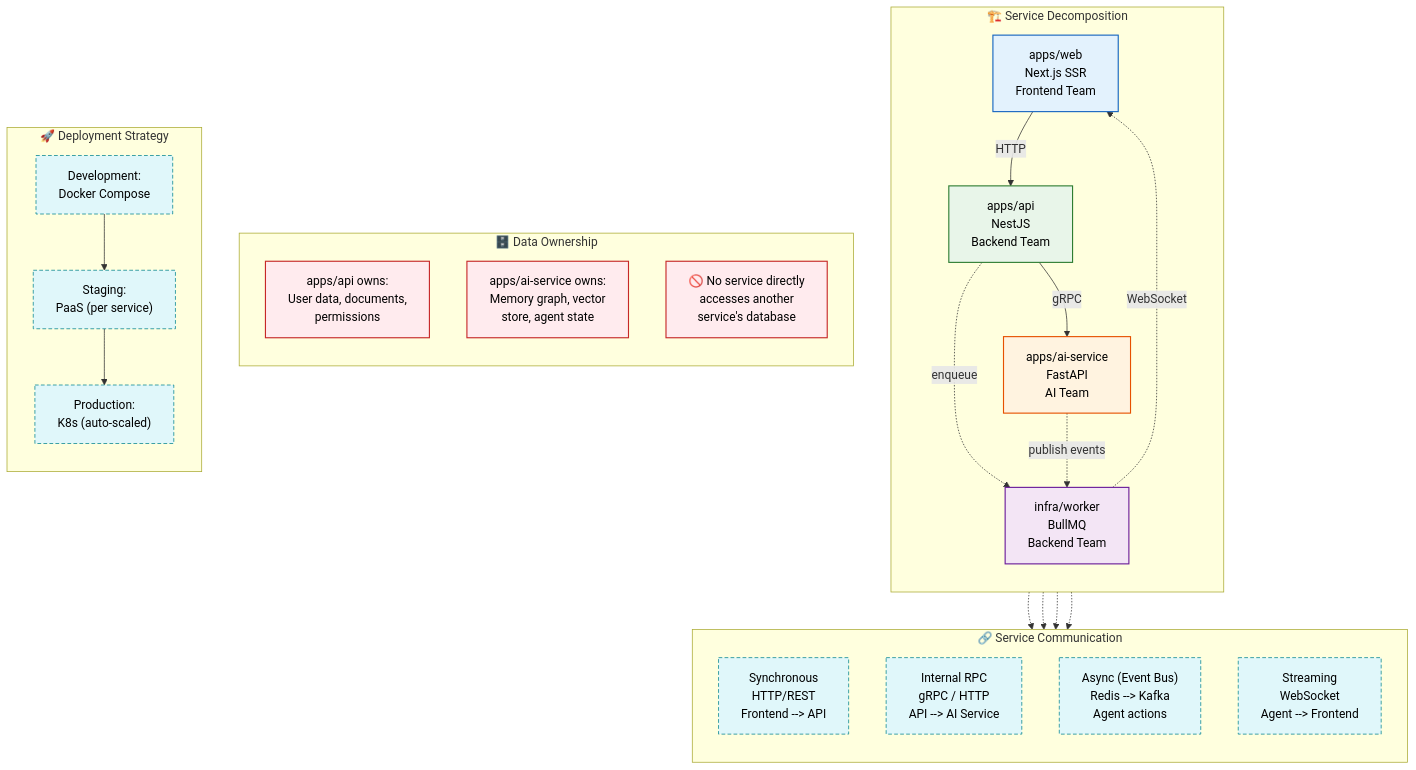
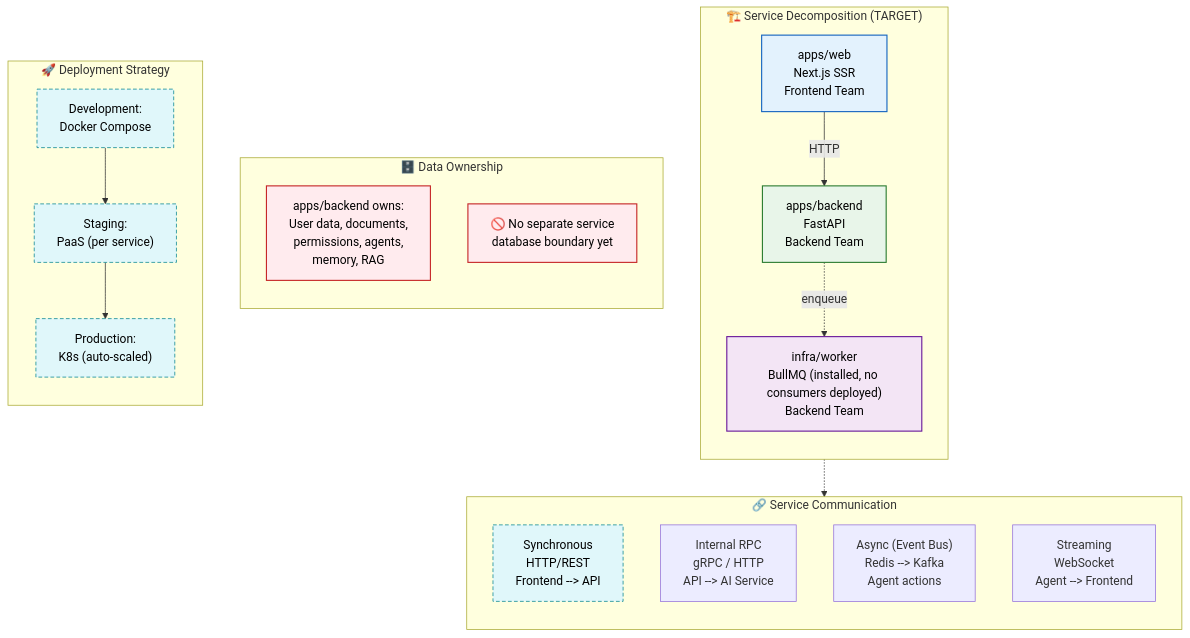
One commit to Driftloom/Vaeloom changed the diagram in docs/architecture/Microservices.md. Above: the diagram before and after it, drawn with Mermaid. The commit also changed other lines of this file and 159 other files, not shown here.

````diff
--- a/docs/architecture/Microservices.md
+++ b/docs/architecture/Microservices.md
@@ -8,61 +12,52 @@
 ```mermaid
 graph TD
     classDef front fill:#e3f2fd,stroke:#1565c0,color:#000,stroke-width:1.5px
     classDef api fill:#e8f5e9,stroke:#2e7d32,color:#000,stroke-width:1.5px
     classDef ai fill:#fff3e0,stroke:#e65100,color:#000,stroke-width:1.5px
     classDef worker fill:#f3e5f5,stroke:#6a1b9a,color:#000,stroke-width:1.5px
     classDef data fill:#ffebee,stroke:#c62828,color:#000,stroke-width:1.5px
     classDef comm fill:#e0f7fa,stroke:#00838f,color:#000,stroke-width:1px,stroke-dasharray: 5 3
 
-    subgraph Services["🏗️ Service Decomposition"]
+    subgraph Services["🏗️ Service Decomposition (TARGET)"]
         direction TB
         WEB["apps/web<br/>Next.js SSR<br/>Frontend Team"]
-        API["apps/api<br/>NestJS<br/>Backend Team"]
-        AI_SVC["apps/ai-service<br/>FastAPI<br/>AI Team"]
-        WRK["infra/worker<br/>BullMQ<br/>Backend Team"]
+        API["apps/backend<br/>FastAPI<br/>Backend Team"]
+        WRK["infra/worker<br/>BullMQ (installed, no consumers deployed)<br/>Backend Team"]
     end
 
     subgraph Communication["🔗 Service Communication"]
         direction TB
         C1["Synchronous<br/>HTTP/REST\nFrontend --> API"]
         C2["Internal RPC<br/>gRPC / HTTP\nAPI --> AI Service"]
         C3["Async (Event Bus)<br/>Redis --> Kafka\nAgent actions"]
         C4["Streaming<br/>WebSocket\nAgent --> Frontend"]
     end
 
     subgraph Data_Ownership["🗄️ Data Ownership"]
         direction TB
-        D1["apps/api owns:<br/>User data, documents,<br/>permissions"]
-        D2["apps/ai-service owns:<br/>Memory graph, vector<br/>store, agent state"]
-        D3["🚫 No service directly<br/>accesses another<br/>service's database"]
+        D1["apps/backend owns:<br/>User data, documents,<br/>permissions, agents,<br/>memory, RAG"]
+        D2["🚫 No separate service<br/>database boundary yet"]
     end
 
     subgraph Deployment["🚀 Deployment Strategy"]
         direction TB
         DEV["Development:<br/>Docker Compose"]
         STG["Staging:<br/>PaaS (per service)"]
         PROD["Production:<br/>K8s (auto-scaled)"]
     end
 
     WEB -->|HTTP| API
-    API -->|gRPC| AI_SVC
     API -.->|enqueue| WRK
-    AI_SVC -.->|publish events| WRK
-    WRK -.->|WebSocket| WEB
 
     WEB -.-> C1
-    API -.-> C2
-    AI_SVC -.-> C3
-    WRK -.-> C4
 
     DEV --> STG --> PROD
 
     class WEB front
     class API api
-    class AI_SVC ai
     class WRK worker
-    class D1,D2,D3 data
-    class C1,C2,C3,C4 comm
+    class D1,D2 data
+    class C1 comm
     class DEV,STG,PROD comm
 
 ```
````
